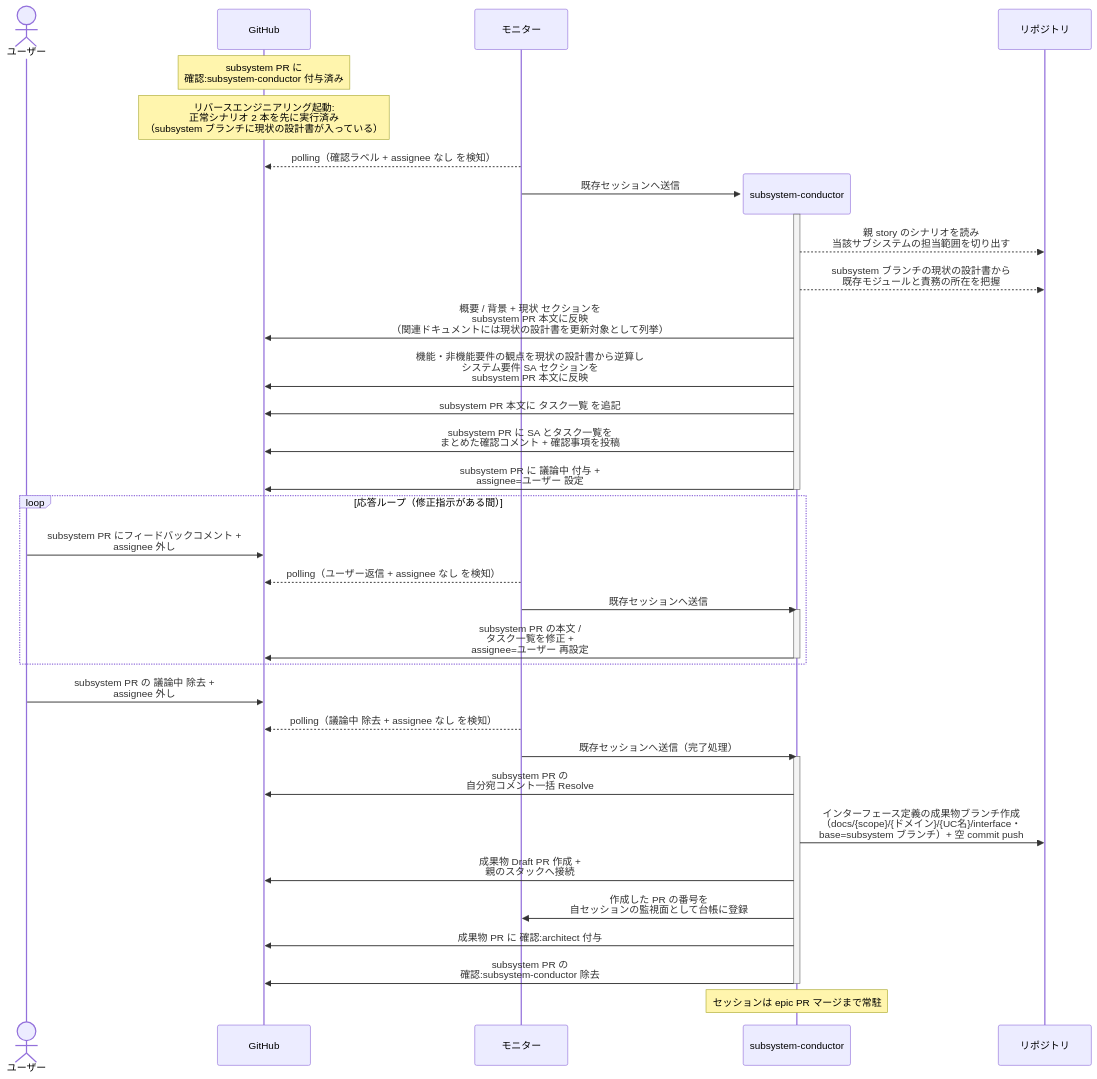
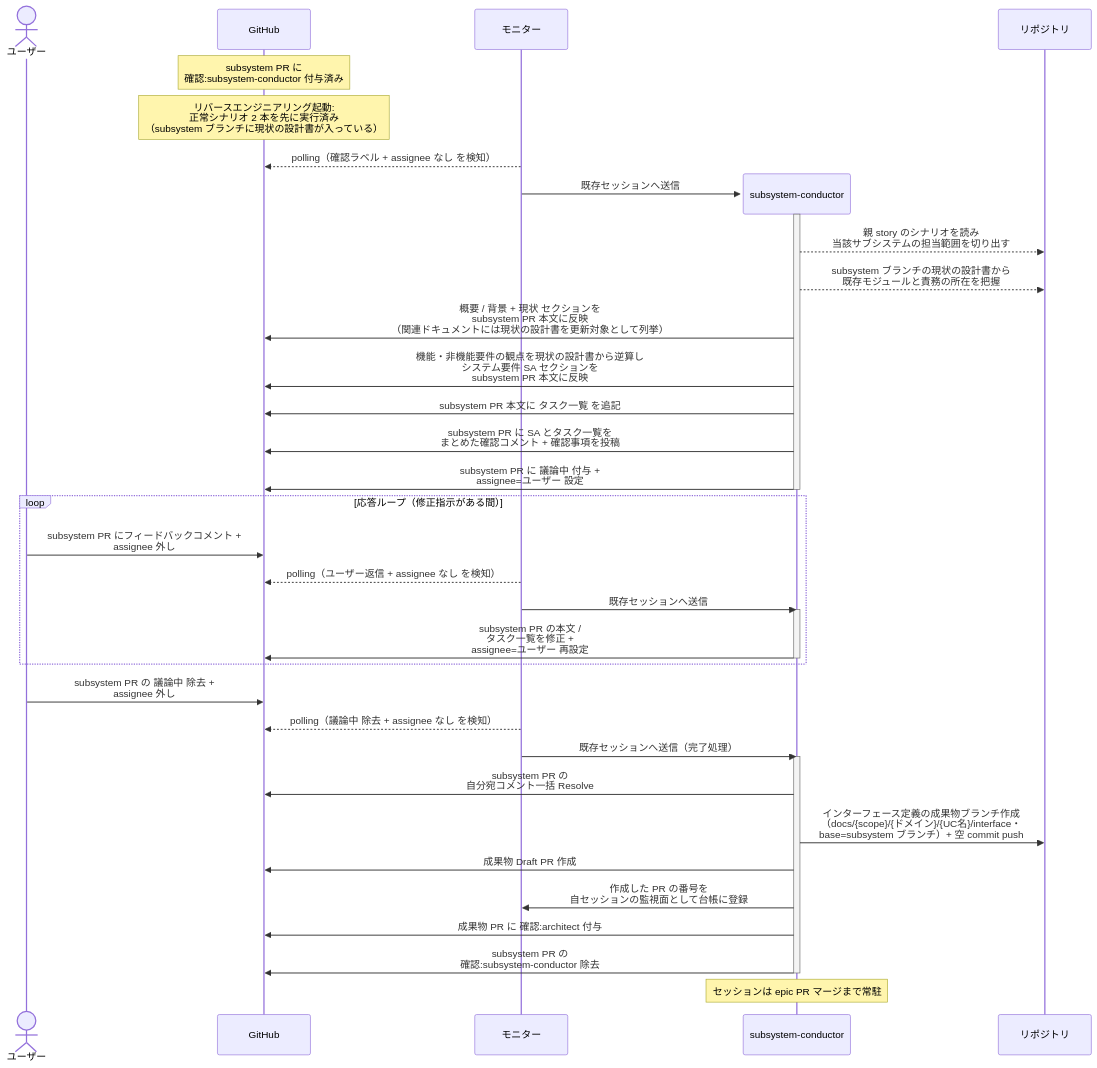
The third of 3 diagrams in docs/wiki/設計図/シナリオ/単一ユースケース/subsystem要件確定.md (shuhei1101/ai-monitor), drawn with Mermaid before and after one commit. The commit also changed other lines of this file and 108 other files, not shown here.

````diff
--- a/docs/wiki/設計図/シナリオ/単一ユースケース/subsystem要件確定.md
+++ b/docs/wiki/設計図/シナリオ/単一ユースケース/subsystem要件確定.md
@@ -134,44 +134,44 @@
 ```mermaid
 sequenceDiagram
   actor U as ユーザー
   participant GH as GitHub
   participant ORC as モニター
 
   Note over GH: subsystem PR に<br>確認:subsystem-conductor 付与済み
   Note over GH: リバースエンジニアリング起動:<br>正常シナリオ 2 本を先に実行済み<br>（subsystem ブランチに現状の設計書が入っている）
   ORC-->>GH: polling（確認ラベル + assignee なし を検知）
   create participant MON as subsystem-conductor
   ORC->>MON: 既存セッションへ送信
   participant REPO as リポジトリ
   activate MON
   MON-->>REPO: 親 story のシナリオを読み<br>当該サブシステムの担当範囲を切り出す
   MON-->>REPO: subsystem ブランチの現状の設計書から<br>既存モジュールと責務の所在を把握
   MON->>GH: 概要 / 背景 + 現状 セクションを<br>subsystem PR 本文に反映<br>（関連ドキュメントには現状の設計書を更新対象として列挙）
   MON->>GH: 機能・非機能要件の観点を現状の設計書から逆算し<br>システム要件 SA セクションを<br>subsystem PR 本文に反映
   MON->>GH: subsystem PR 本文に タスク一覧 を追記
   MON->>GH: subsystem PR に SA とタスク一覧を<br>まとめた確認コメント + 確認事項を投稿
   MON->>GH: subsystem PR に 議論中 付与 +<br>assignee=ユーザー 設定
   deactivate MON
 
   loop 応答ループ（修正指示がある間）
     U->>GH: subsystem PR にフィードバックコメント +<br>assignee 外し
     ORC-->>GH: polling（ユーザー返信 + assignee なし を検知）
     ORC->>MON: 既存セッションへ送信
     activate MON
     MON->>GH: subsystem PR の本文 /<br>タスク一覧を修正 +<br>assignee=ユーザー 再設定
     deactivate MON
   end
 
   U->>GH: subsystem PR の 議論中 除去 +<br>assignee 外し
   ORC-->>GH: polling（議論中 除去 + assignee なし を検知）
   ORC->>MON: 既存セッションへ送信（完了処理）
   activate MON
   MON->>GH: subsystem PR の<br>自分宛コメント一括 Resolve
   MON->>REPO: インターフェース定義の成果物ブランチ作成<br>（docs/{scope}/{ドメイン}/{UC名}/interface・<br>base=subsystem ブランチ）+ 空 commit push
-  MON->>GH: 成果物 Draft PR 作成 +<br>親のスタックへ接続
+  MON->>GH: 成果物 Draft PR 作成
   MON->>ORC: 作成した PR の番号を<br>自セッションの監視面として台帳に登録
   MON->>GH: 成果物 PR に 確認:architect 付与
   MON->>GH: subsystem PR の<br>確認:subsystem-conductor 除去
   deactivate MON
   Note over MON: セッションは epic PR マージまで常駐
 ```
````
